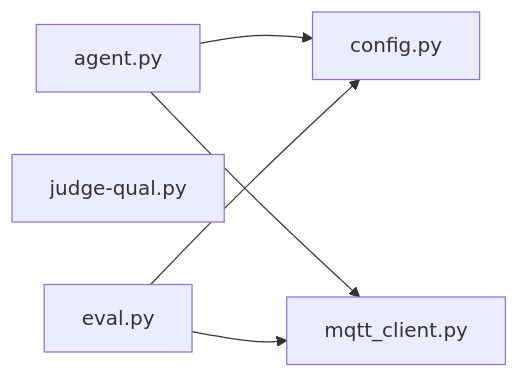
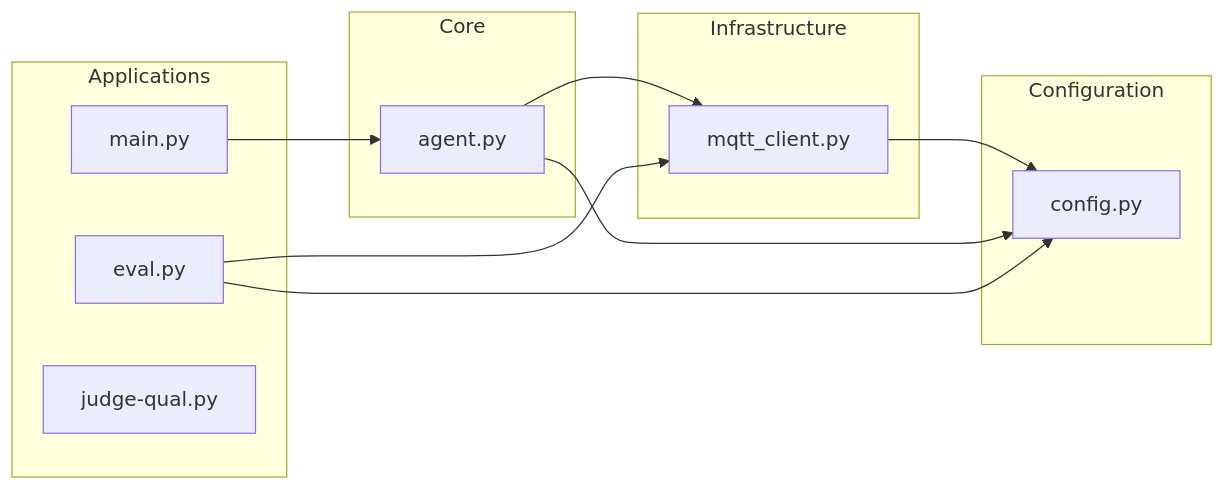
Before and after one commit to mocallito/Supply-Chain-Assistant: the second of 2 diagrams in README.md, drawn with Mermaid. The commit also changed other lines of this file, not shown here.

````diff
--- a/README.md
+++ b/README.md
@@ -133,17 +148,30 @@
 ```mermaid
 graph LR
-    Config["config.py"]
-    MQTT["mqtt_client.py"]
+    subgraph Configuration
+        Config["config.py"]
+    end
 
-    Agent["agent.py"]
-    Judge["judge-qual.py"]
-    Eval["eval.py"]
+    subgraph Infrastructure
+        MQTT["mqtt_client.py"]
+    end
 
+    subgraph Core
+        Agent["agent.py"]
+    end
+
+    subgraph Applications
+        Main["main.py"]
+        Eval["eval.py"]
+        Judge["judge-qual.py"]
+    end
+
+    MQTT --> Config
+
+    Agent --> MQTT
     Agent --> Config
-    Agent --> MQTT
 
+    Main --> Agent
+
+    Eval --> MQTT
     Eval --> Config
-    Eval --> MQTT
-
-    Judge
 ```
````
